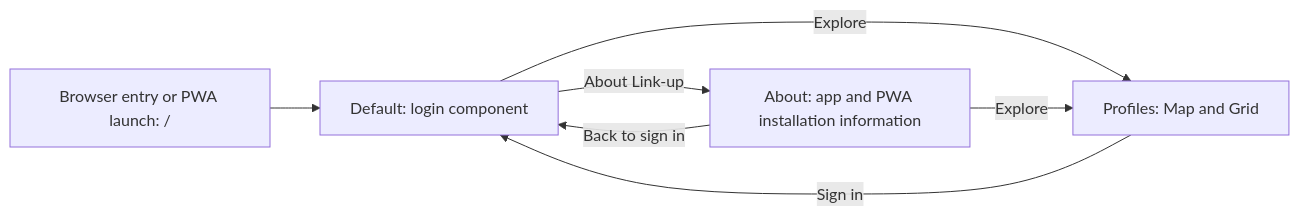
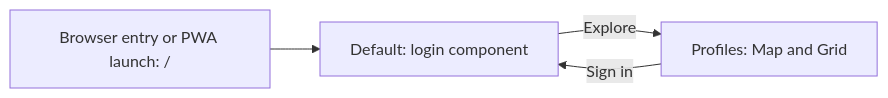
One commit to andrewvelez/link-up changed the diagram in docs/DESIGN.md. Above: the diagram before and after it, drawn with Mermaid. The commit also changed other lines of this file and 44 other files, not shown here.

````diff
--- a/docs/DESIGN.md
+++ b/docs/DESIGN.md
@@ -135,9 +180,6 @@
 ```mermaid
 flowchart LR
     Entry["Browser entry or PWA launch: /"] --> Default["Default: login component"]
     Default -->|Explore| Profiles["Profiles: Map and Grid"]
-    Default -->|About Link-up| About["About: app and PWA installation information"]
-    About -->|Explore| Profiles
-    About -->|Back to sign in| Default
     Profiles -->|Sign in| Default
 ```
````
